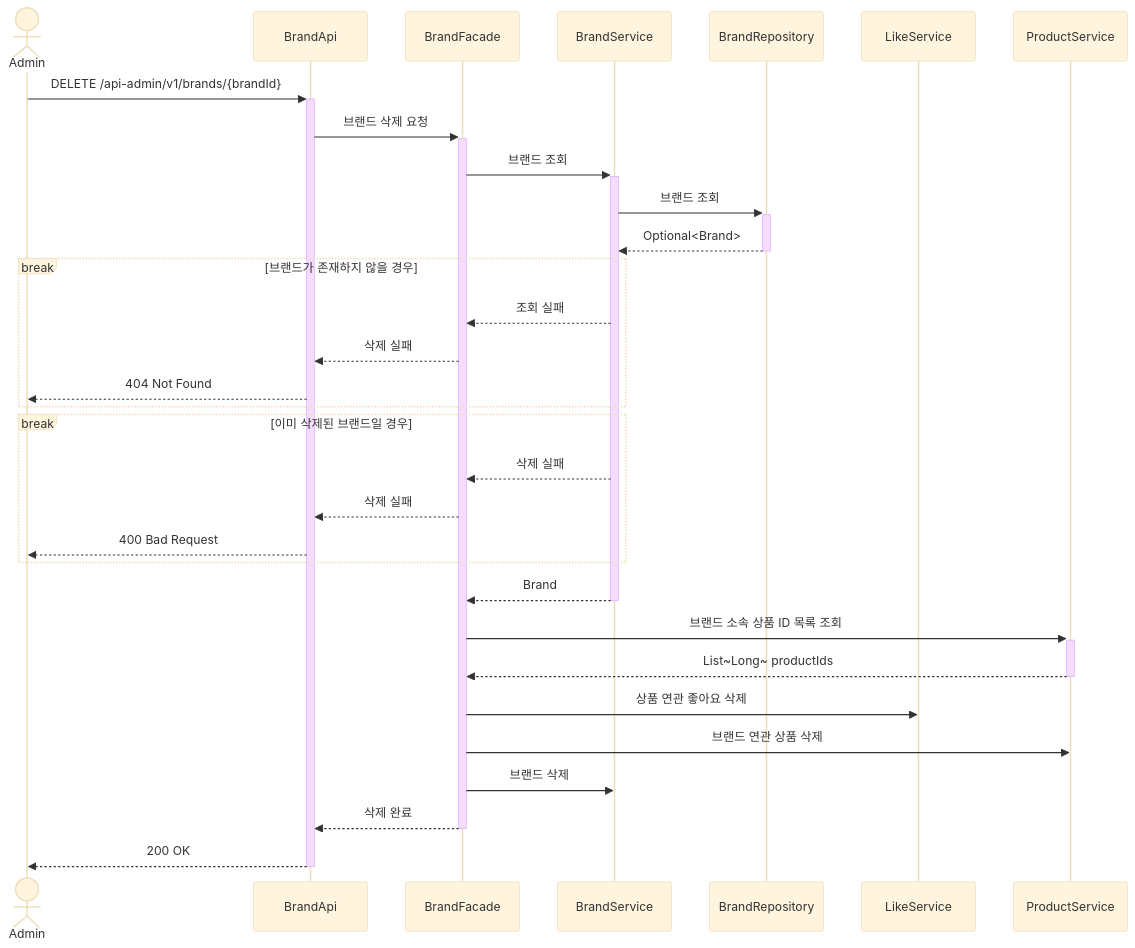
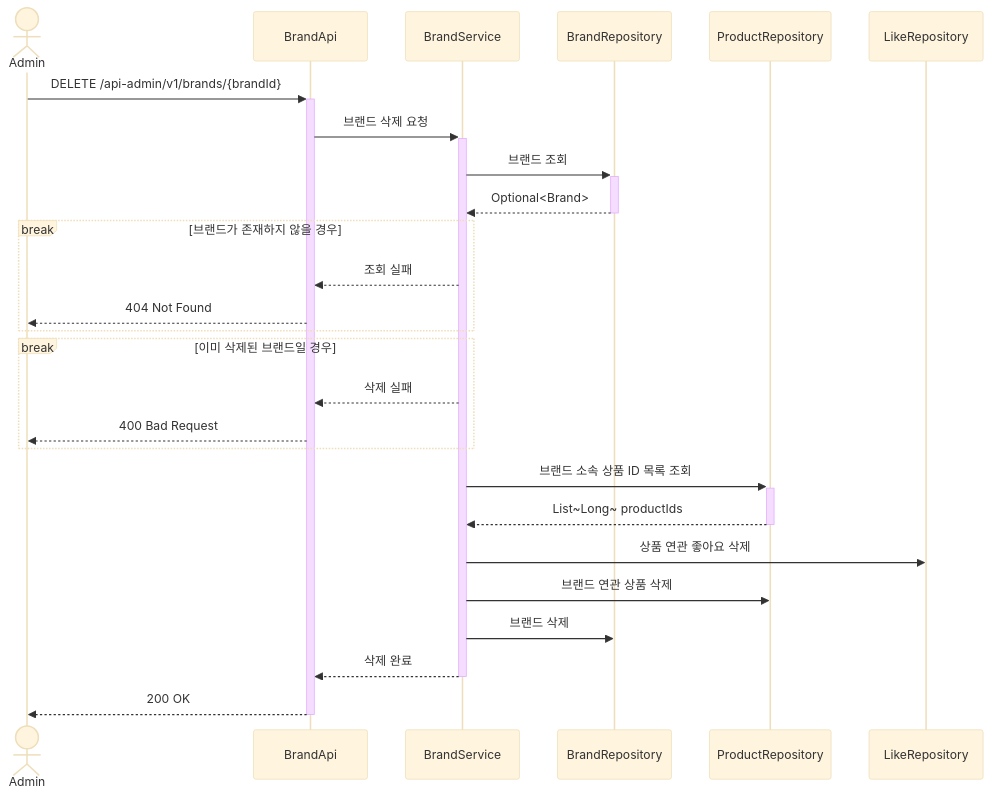
The seventh of 23 diagrams in .docs/design/02-sequence-diagrams.md (Loopers-dev-lab/loop-pack-be-l2-vol3-java), drawn with Mermaid (base theme) before and after one commit. The commit also changed other lines of this file, not shown here.

First line of the commit message:
docs: 시퀀스 다이어그램에서 Facade 제거 및 Service 직접 호출 구조로 수정

````diff
--- a/.docs/design/02-sequence-diagrams.md
+++ b/.docs/design/02-sequence-diagrams.md
@@ -242,38 +240,33 @@
 ```mermaid
 sequenceDiagram
     actor Admin
     participant BrandApi
-    participant BrandFacade
     participant BrandService
     participant BrandRepository
-    participant LikeService
-    participant ProductService
+    participant ProductRepository
+    participant LikeRepository
 
     Admin ->>+ BrandApi: DELETE /api-admin/v1/brands/{brandId}
-    BrandApi ->>+ BrandFacade: 브랜드 삭제 요청
-    BrandFacade ->>+ BrandService: 브랜드 조회
+    BrandApi ->>+ BrandService: 브랜드 삭제 요청
 
     BrandService ->>+ BrandRepository: 브랜드 조회
     BrandRepository -->>- BrandService: Optional<Brand>
 
     break 브랜드가 존재하지 않을 경우
-        BrandService -->> BrandFacade: 조회 실패
-        BrandFacade -->> BrandApi: 삭제 실패
+        BrandService -->> BrandApi: 조회 실패
         BrandApi -->> Admin: 404 Not Found
     end
 
     break 이미 삭제된 브랜드일 경우
-        BrandService -->> BrandFacade: 삭제 실패
-        BrandFacade -->> BrandApi: 삭제 실패
+        BrandService -->> BrandApi: 삭제 실패
         BrandApi -->> Admin: 400 Bad Request
     end
 
-    BrandService -->>- BrandFacade: Brand
-    BrandFacade ->>+ ProductService: 브랜드 소속 상품 ID 목록 조회
-    ProductService -->>- BrandFacade: List~Long~ productIds
-    BrandFacade ->> LikeService: 상품 연관 좋아요 삭제
-    BrandFacade ->> ProductService: 브랜드 연관 상품 삭제
-    BrandFacade ->> BrandService: 브랜드 삭제
-    BrandFacade -->>- BrandApi: 삭제 완료
+    BrandService ->>+ ProductRepository: 브랜드 소속 상품 ID 목록 조회
+    ProductRepository -->>- BrandService: List~Long~ productIds
+    BrandService ->> LikeRepository: 상품 연관 좋아요 삭제
+    BrandService ->> ProductRepository: 브랜드 연관 상품 삭제
+    BrandService ->> BrandRepository: 브랜드 삭제
+    BrandService -->>- BrandApi: 삭제 완료
     BrandApi -->>- Admin: 200 OK
 ```
````
